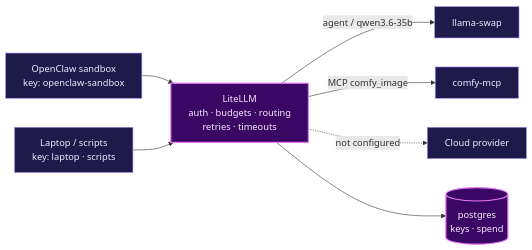
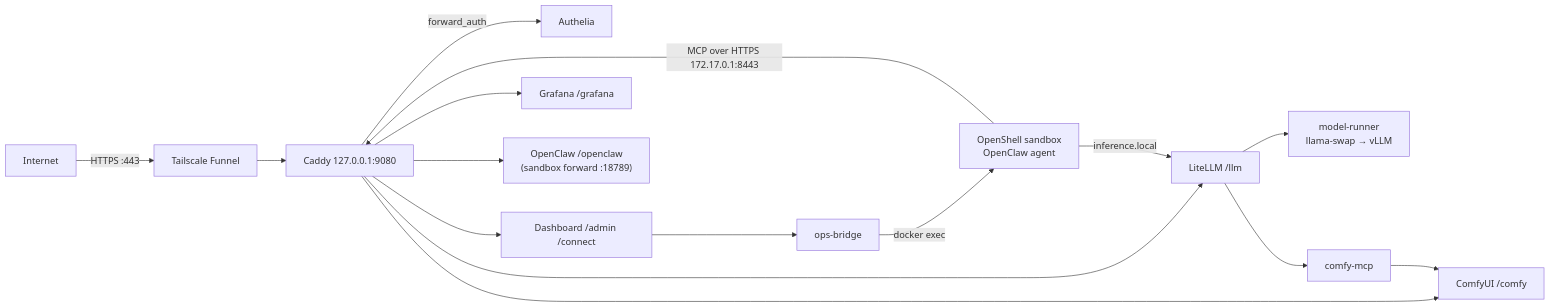
Before and after one commit to ravikiranvs/gb10-ai-stack: the diagram in gb10-agent-stack.md, drawn with Mermaid. The commit also changed other lines of this file and 5 other files, not shown here.

````diff
--- a/gb10-agent-stack.md
+++ b/gb10-agent-stack.md
@@ -301,15 +7,16 @@
 ```mermaid
 flowchart LR
-    OC["OpenClaw sandbox<br/>key: openclaw-sandbox"] --> L
-    LP["Laptop / scripts<br/>key: laptop · scripts"] --> L
-    L["LiteLLM<br/>auth · budgets · routing<br/>retries · timeouts"]
-    L -- "agent / qwen3.6-35b" --> LS["llama-swap"]
-    L -- "MCP comfy_image" --> M["comfy-mcp"]
-    L -. "not configured" .-> CLOUD["Cloud provider"]
-    L --> PG[("postgres<br/>keys · spend")]
-
-    classDef g fill:#3b0764,stroke:#e879f9,color:#fae8ff,stroke-width:2px
-    classDef n fill:#1e1b4b,stroke:#a78bfa,color:#ede9fe
-    class L,PG g
-    class OC,LP,LS,M,CLOUD n
+    NET["Internet"] -->|"HTTPS :443"| TS["Tailscale Funnel"]
+    TS --> CD["Caddy 127.0.0.1:9080"]
+    CD -->|forward_auth| AU["Authelia"]
+    CD --> DB["Dashboard /admin /connect"]
+    CD --> GF["Grafana /grafana"]
+    CD --> CU["ComfyUI /comfy"]
+    CD --> LL["LiteLLM /llm"]
+    CD --> OC["OpenClaw /openclaw<br/>(sandbox forward :18789)"]
+    LL --> MR["model-runner<br/>llama-swap → vLLM"]
+    LL --> MCP["comfy-mcp"] --> CU
+    SB["OpenShell sandbox<br/>OpenClaw agent"] -->|"inference.local"| LL
+    SB -->|"MCP over HTTPS 172.17.0.1:8443"| CD
+    DB --> OB["ops-bridge"] -->|docker exec| SB
 ```
````
